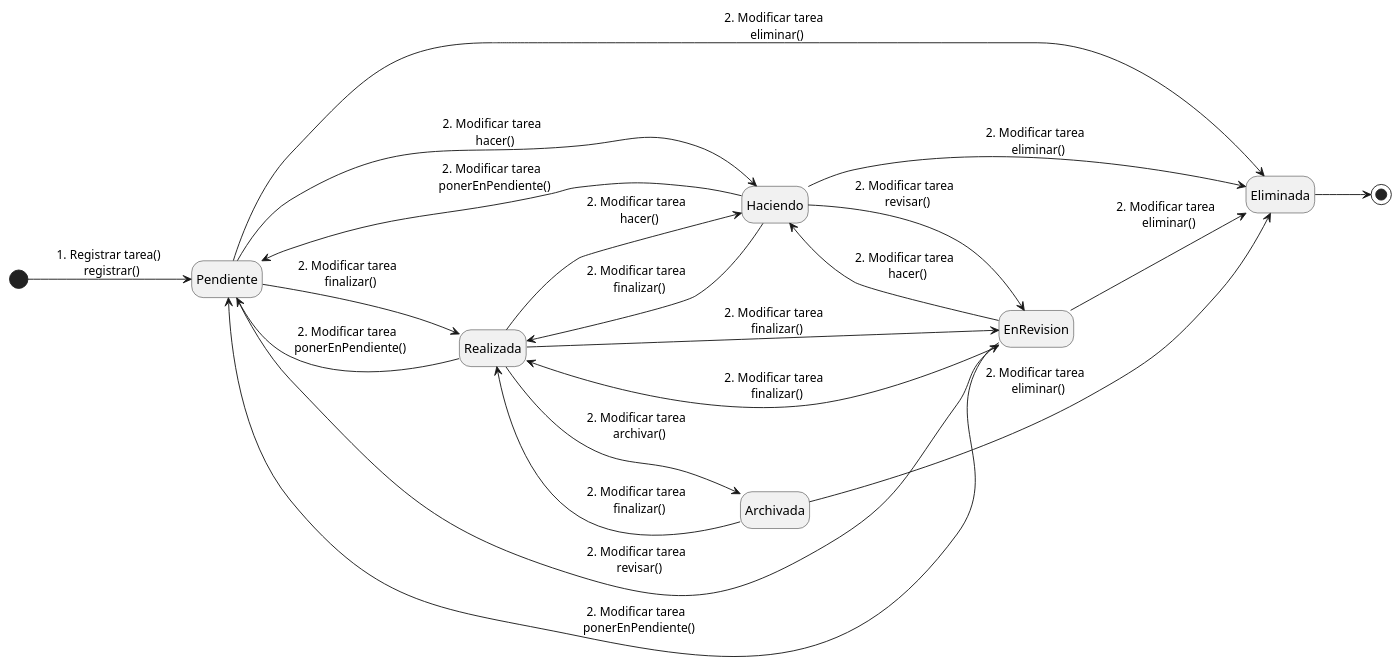
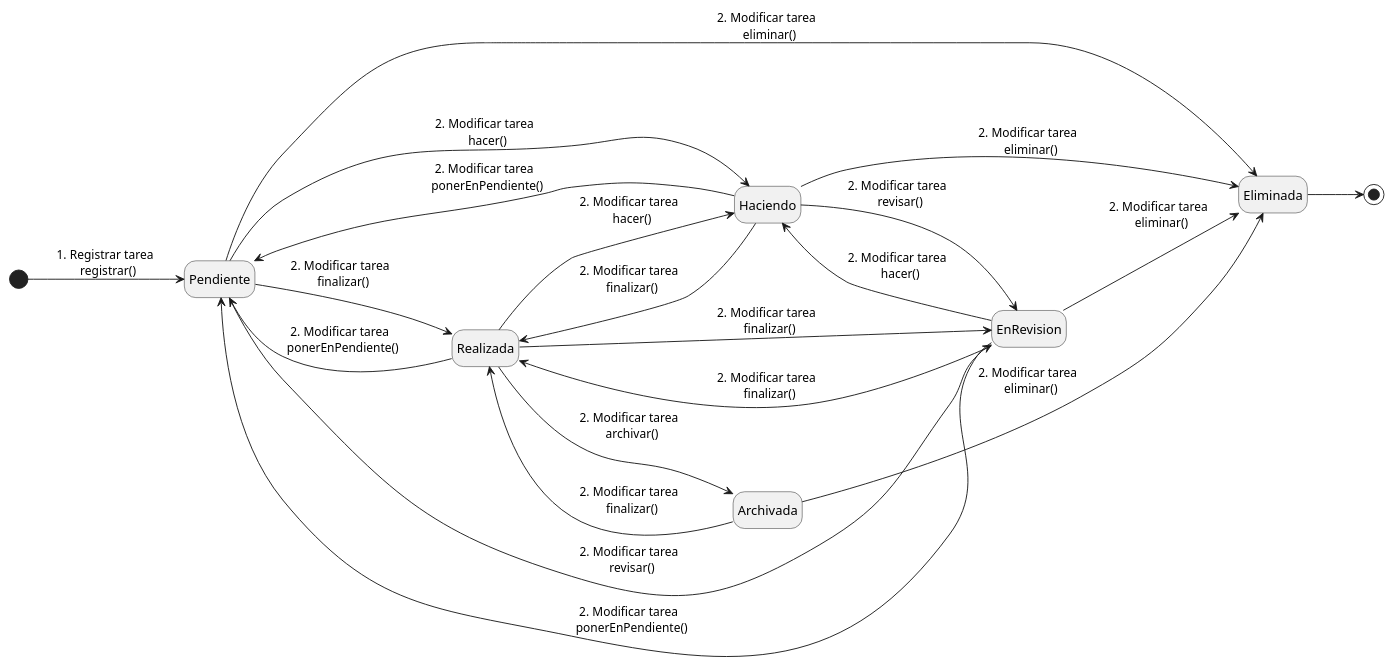
Before and after one commit to ciggyx/Task_Flow: the first of 2 diagrams in Modelado/DiagramasME.plantuml, drawn with PlantUML. The commit also changed other lines of this file and 1 other file, not shown here.

Commit message:
chore(diagrama-cu): actualizado los cu + diagrama de estados de amistad

```diff
--- a/Modelado/DiagramasME.plantuml
+++ b/Modelado/DiagramasME.plantuml
@@ -1,29 +1,29 @@
 @startuml MáquinaDeEstadosTarea
 left to right direction
 hide empty description
-[*] --> Pendiente : 1. Registrar tarea() \n registrar()
+[*] --> Pendiente : 1. Registrar tarea \n registrar()
 Pendiente --> Realizada : 2. Modificar tarea \n finalizar()
 Pendiente --> Haciendo: 2. Modificar tarea \n hacer()
 Pendiente --> EnRevision: 2. Modificar tarea \n revisar()
 Pendiente --> Eliminada: 2. Modificar tarea \n eliminar()
 
 Haciendo --> Realizada: 2. Modificar tarea \n finalizar()
 Haciendo --> EnRevision: 2. Modificar tarea \n revisar()
 Haciendo --> Pendiente: 2. Modificar tarea \n ponerEnPendiente()
 Haciendo --> Eliminada: 2. Modificar tarea \n eliminar()
 
 EnRevision --> Realizada: 2. Modificar tarea \n finalizar()
 EnRevision --> Pendiente: 2. Modificar tarea \n ponerEnPendiente()
 EnRevision --> Haciendo: 2. Modificar tarea \n hacer()
 EnRevision --> Eliminada: 2. Modificar tarea \n eliminar()
 
 Realizada --> EnRevision: 2. Modificar tarea \n finalizar()
 Realizada --> Haciendo: 2. Modificar tarea \n hacer()
 Realizada --> Pendiente : 2. Modificar tarea \n ponerEnPendiente()
 Realizada --> Archivada: 2. Modificar tarea \n archivar()
 
 Archivada --> Eliminada: 2. Modificar tarea \n eliminar()
 Archivada --> Realizada: 2. Modificar tarea \n finalizar()
 
 Eliminada --> [*]
 @enduml
```
